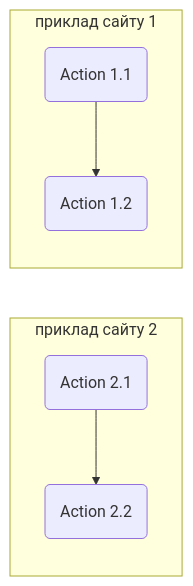
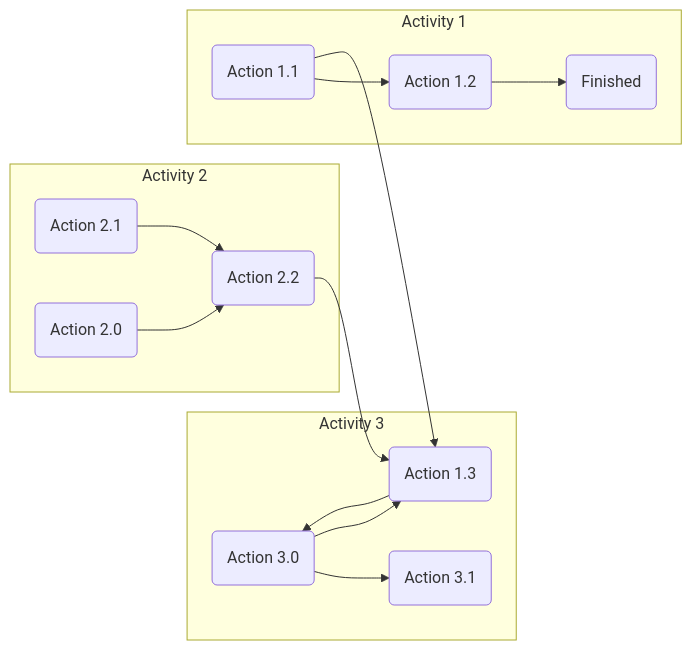
The diagram in content/information_types/good_examples.md (losnko/practice-id), drawn with Mermaid before and after one commit. The commit also changed 78 other files, not shown here.

````diff
--- a/content/information_types/good_examples.md
+++ b/content/information_types/good_examples.md
@@ -42,9 +42,18 @@
 ```mermaid
 graph LR
-    subgraph приклад сайту 2
+    subgraph Activity 3
+    c1(Action 3.0) --> c2(Action 3.1)
+    a3 --> c1 
+    c1 --> a3
+    end
+    subgraph Activity 2
     b1(Action 2.1) --> b2(Action 2.2)
+    b3(Action 2.0) --> b2
+    b2 --> a3
     end
-    subgraph приклад сайту 1
+    subgraph Activity 1
     a1(Action 1.1) --> a2(Action 1.2)
+    a1 --> a3(Action 1.3)
+    a2 --> a4(Finished)
     end
 ```
````
